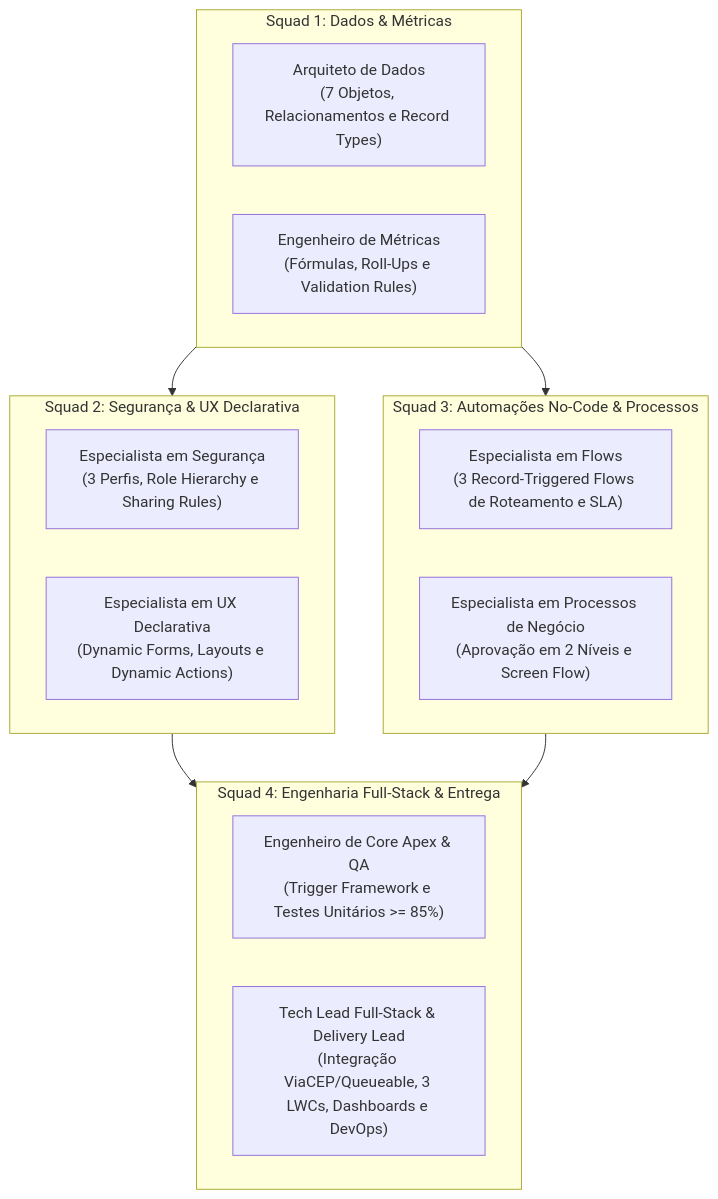
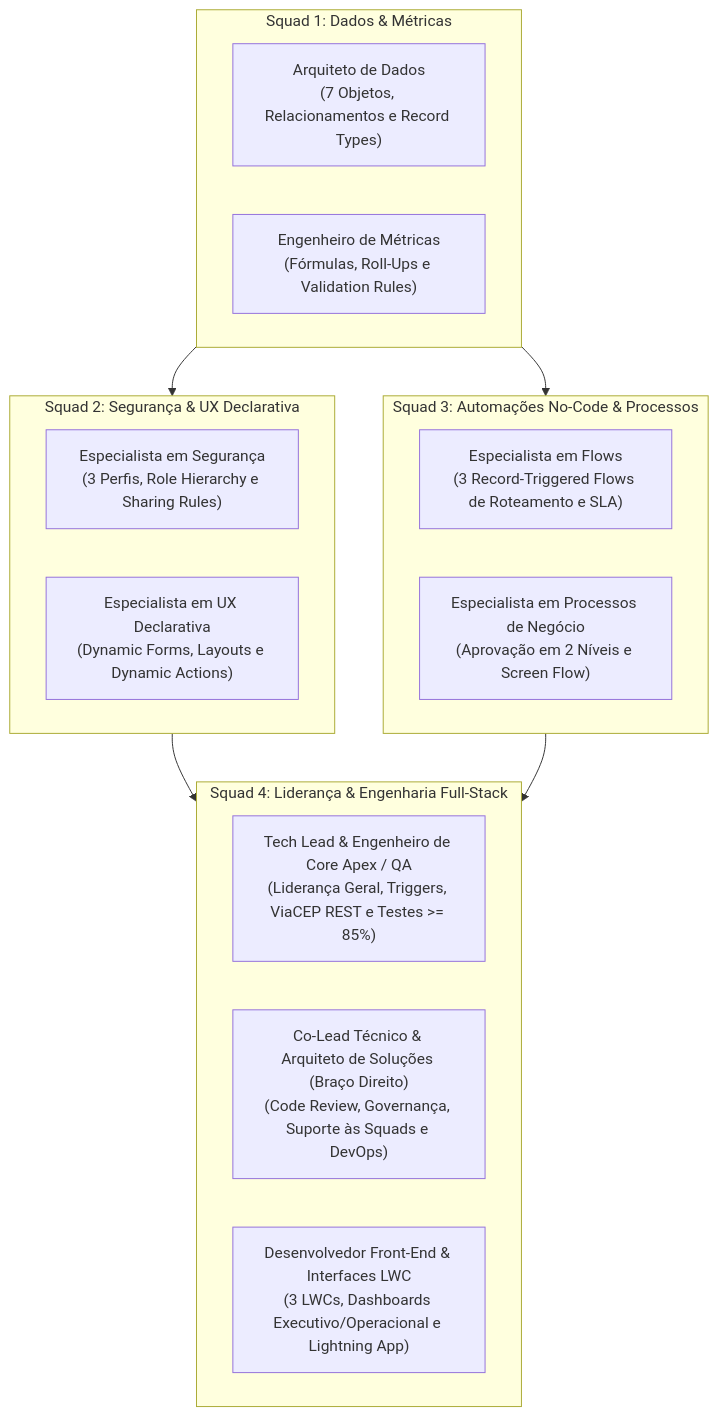
One commit to vdornelass/geolead-ai changed the third of 3 diagrams in README.md. Above: the diagram before and after it, drawn with Mermaid. The commit also changed other lines of this file and 1 other file, not shown here.

Commit message:
docs: simplify solution explanation and expand Squad 4 with 9-member structure

````diff
--- a/README.md
+++ b/README.md
@@ -131,26 +153,27 @@
 ```mermaid
 graph TD
     subgraph S1 ["Squad 1: Dados & Métricas"]
         R1["Arquiteto de Dados<br/>(7 Objetos, Relacionamentos e Record Types)"]
         R2["Engenheiro de Métricas<br/>(Fórmulas, Roll-Ups e Validation Rules)"]
     end
 
     subgraph S2 ["Squad 2: Segurança & UX Declarativa"]
         R3["Especialista em Segurança<br/>(3 Perfis, Role Hierarchy e Sharing Rules)"]
         R4["Especialista em UX Declarativa<br/>(Dynamic Forms, Layouts e Dynamic Actions)"]
     end
 
     subgraph S3 ["Squad 3: Automações No-Code & Processos"]
         R5["Especialista em Flows<br/>(3 Record-Triggered Flows de Roteamento e SLA)"]
         R6["Especialista em Processos de Negócio<br/>(Aprovação em 2 Níveis e Screen Flow)"]
     end
 
-    subgraph S4 ["Squad 4: Engenharia Full-Stack & Entrega"]
-        R7["Engenheiro de Core Apex & QA<br/>(Trigger Framework e Testes Unitários >= 85%)"]
-        R8["Tech Lead Full-Stack & Delivery Lead<br/>(Integração ViaCEP/Queueable, 3 LWCs, Dashboards e DevOps)"]
+    subgraph S4 ["Squad 4: Liderança & Engenharia Full-Stack"]
+        R7["Tech Lead & Engenheiro de Core Apex / QA<br/>(Liderança Geral, Triggers, ViaCEP REST e Testes >= 85%)"]
+        R8["Co-Lead Técnico & Arquiteto de Soluções (Braço Direito)<br/>(Code Review, Governança, Suporte às Squads e DevOps)"]
+        R9["Desenvolvedor Front-End & Interfaces LWC<br/>(3 LWCs, Dashboards Executivo/Operacional e Lightning App)"]
     end
 
     S1 --> S2
     S1 --> S3
     S2 & S3 --> S4
 ```
````
